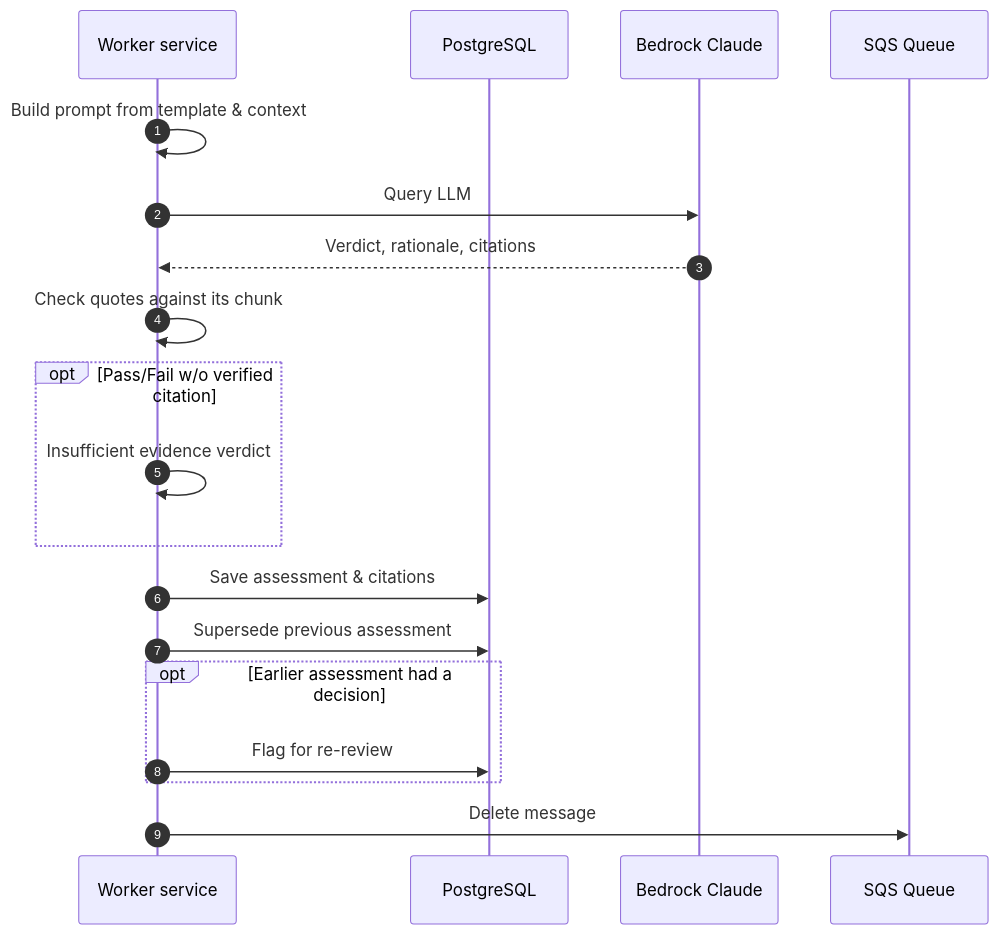
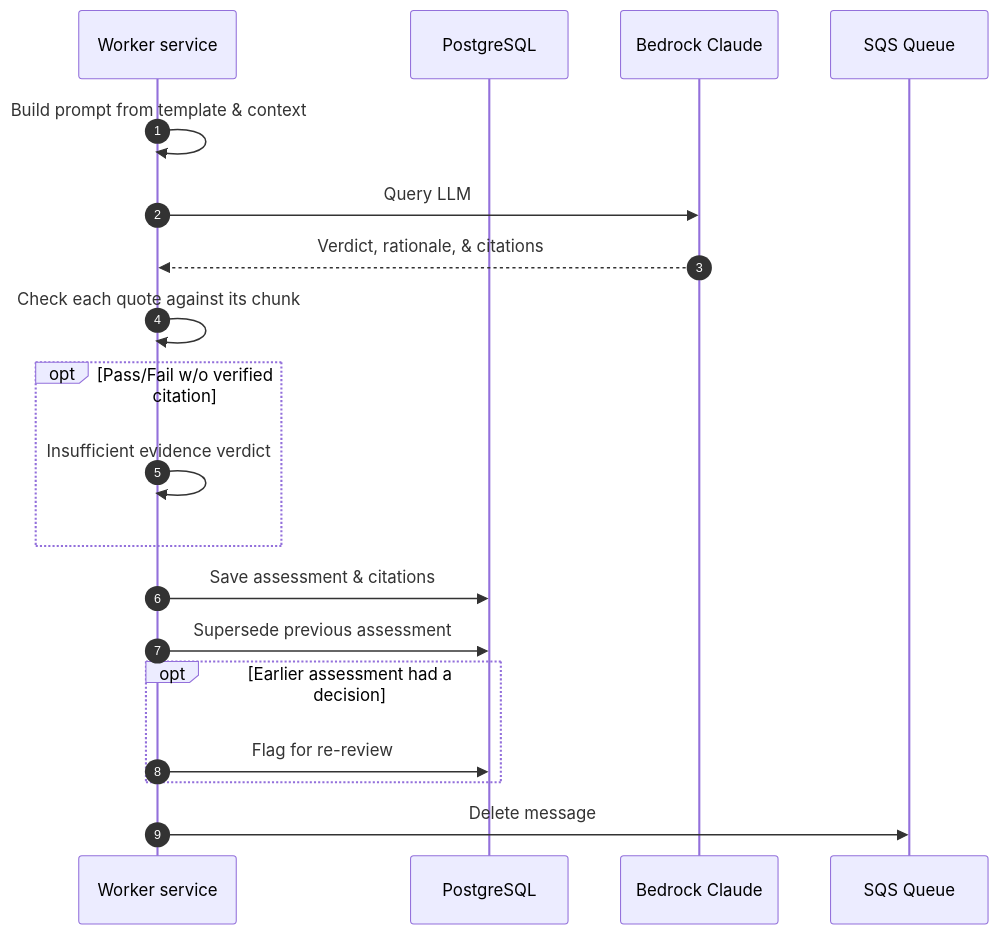
Before and after one commit to DavidRHannah/compliance: the eighth of 12 diagrams in README.md, drawn with Mermaid. The commit also changed other lines of this file, not shown here.

Commit message:
Document diagrams reviewed, assessment diagrams made & reviewed.

````diff
--- a/README.md
+++ b/README.md
@@ -209,22 +208,22 @@
 ``` mermaid
 sequenceDiagram
     autonumber
     participant W as Worker service
     participant DB as PostgreSQL
     participant BR as Bedrock Claude 
     participant SQS as SQS Queue
 
     W->>W: Build prompt from template & context
     W->>BR: Query LLM 
-    BR-->>W: Verdict, rationale, citations
-    W->>W: Check quotes against its chunk
+    BR-->>W: Verdict, rationale, & citations
+    W->>W: Check each quote against its chunk
     opt Pass/Fail w/o verified citation
         W->>W: Insufficient evidence verdict
     end
     W->>DB: Save assessment & citations
     W->>DB: Supersede previous assessment
     opt Earlier assessment had a decision
         W->>DB: Flag for re-review
     end
     W->>SQS: Delete message
 ```
````
